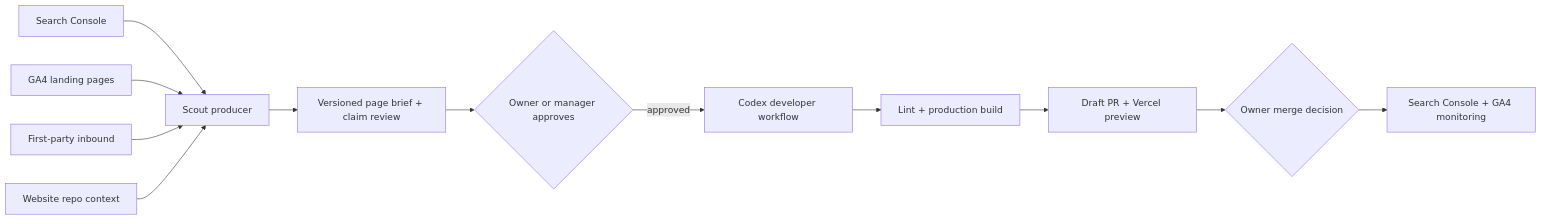
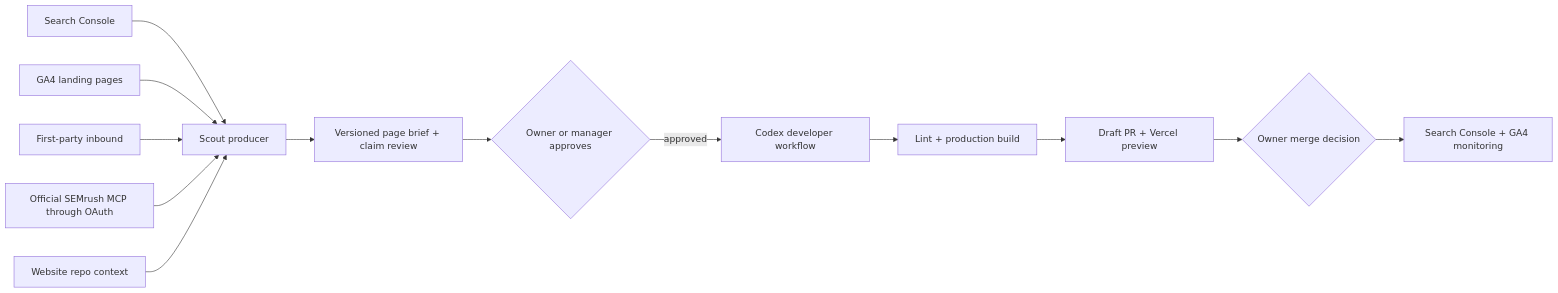
One commit to newell29/newl-apps changed the diagram in docs/modules/website-growth/overview.md. Above: the diagram before and after it, drawn with Mermaid. The commit also changed other lines of this file and 23 other files, not shown here.

````diff
--- a/docs/modules/website-growth/overview.md
+++ b/docs/modules/website-growth/overview.md
@@ -13,14 +13,15 @@
 ```mermaid
 flowchart LR
   GSC[Search Console] --> Scout[Scout producer]
   GA4[GA4 landing pages] --> Scout
   Leads[First-party inbound] --> Scout
+  Semrush[Official SEMrush MCP through OAuth] --> Scout
   Repo[Website repo context] --> Scout
   Scout --> Brief[Versioned page brief + claim review]
   Brief --> Approval{Owner or manager approves}
   Approval -->|approved| Build[Codex developer workflow]
   Build --> Checks[Lint + production build]
   Checks --> PR[Draft PR + Vercel preview]
   PR --> Merge{Owner merge decision}
   Merge --> Monitor[Search Console + GA4 monitoring]
 ```
````
